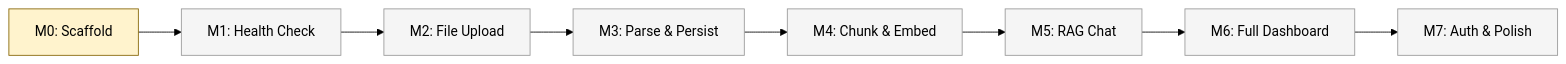
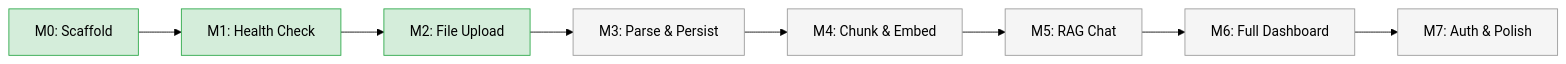
Before and after one commit to darth-dodo/ledger: the diagram in tasks.md, drawn with Mermaid (forest theme). The commit also changed other lines of this file and 25 other files, not shown here.

````diff
--- a/tasks.md
+++ b/tasks.md
@@ -38,19 +38,19 @@
 ```mermaid
 graph LR
     M0[M0: Scaffold] --> M1[M1: Health Check]
     M1 --> M2[M2: File Upload]
     M2 --> M3[M3: Parse & Persist]
     M3 --> M4[M4: Chunk & Embed]
     M4 --> M5[M5: RAG Chat]
     M5 --> M6[M6: Full Dashboard]
     M6 --> M7[M7: Auth & Polish]
 
-    style M0 fill:#fff3cd,stroke:#856404
-    style M1 fill:#f5f5f5,stroke:#999
-    style M2 fill:#f5f5f5,stroke:#999
+    style M0 fill:#d4edda,stroke:#28a745
+    style M1 fill:#d4edda,stroke:#28a745
+    style M2 fill:#d4edda,stroke:#28a745
     style M3 fill:#f5f5f5,stroke:#999
     style M4 fill:#f5f5f5,stroke:#999
     style M5 fill:#f5f5f5,stroke:#999
     style M6 fill:#f5f5f5,stroke:#999
     style M7 fill:#f5f5f5,stroke:#999
 ```
````
